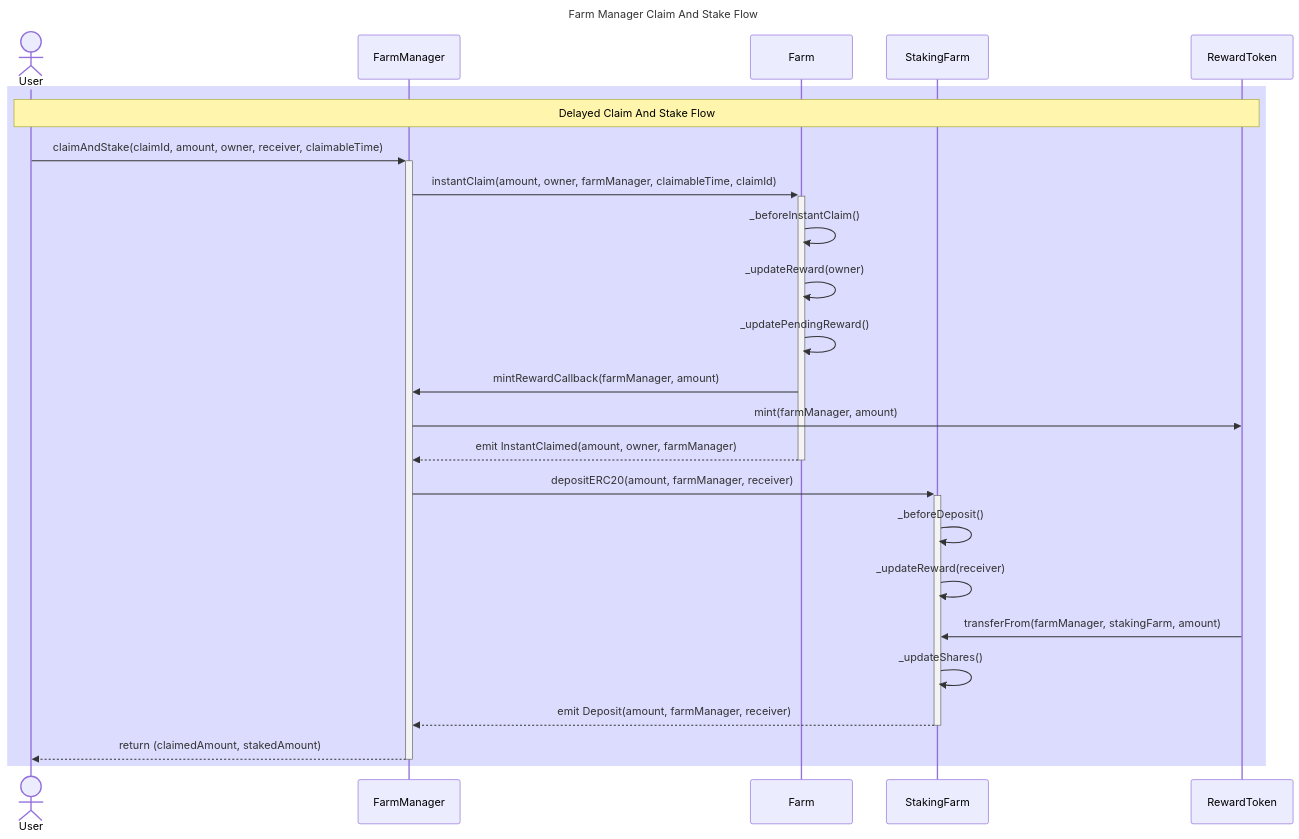
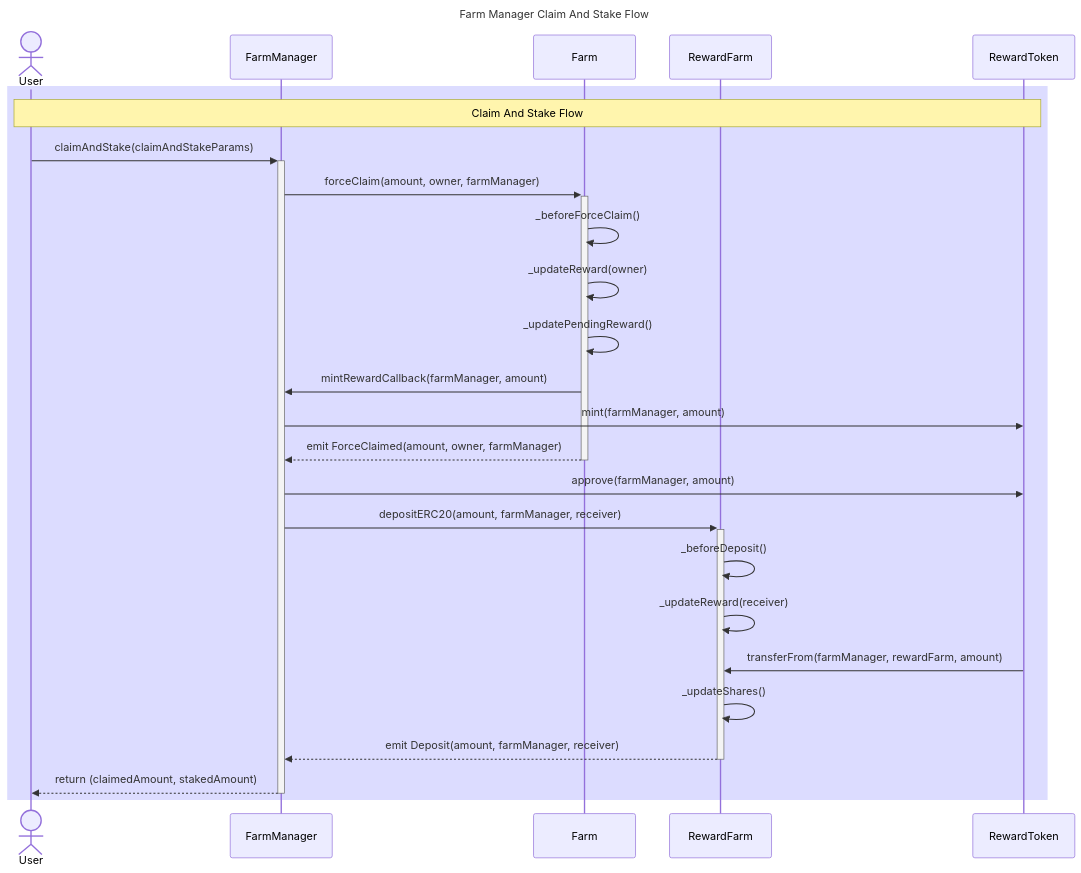
One commit to Satoshi-Protocol/satoshi-farm changed the diagram in docs/diagrams/FarmManager_ClaimAndStake_flow.mmd. Above: the diagram before and after it, drawn with Mermaid. The commit also changed 3 other files, not shown here.

Commit message:
doc: update farm manager claim flow diagrams

```diff
--- a/docs/diagrams/FarmManager_ClaimAndStake_flow.mmd
+++ b/docs/diagrams/FarmManager_ClaimAndStake_flow.mmd
@@ -1,30 +1,31 @@
 sequenceDiagram
     title Farm Manager Claim And Stake Flow
     
     actor User
     participant FarmManager
     participant Farm
-    participant StakingFarm
+    participant RewardFarm
     participant RewardToken
 
     %% Claim And Stake Flow
     rect rgb(220, 220, 255)
-        Note over User,RewardToken: Delayed Claim And Stake Flow
-        User->>+FarmManager: claimAndStake(claimId, amount, owner, receiver, claimableTime)
-        FarmManager->>+Farm: instantClaim(amount, owner, farmManager, claimableTime, claimId)
-        Farm->>Farm: _beforeInstantClaim()
+        Note over User,RewardToken: Claim And Stake Flow
+        User->>+FarmManager: claimAndStake(claimAndStakeParams)
+        FarmManager->>+Farm: forceClaim(amount, owner, farmManager)
+        Farm->>Farm: _beforeForceClaim()
         Farm->>Farm: _updateReward(owner)
         Farm->>Farm: _updatePendingReward()
         Farm->>FarmManager: mintRewardCallback(farmManager, amount)
         FarmManager->>RewardToken: mint(farmManager, amount)
-        Farm-->>-FarmManager: emit InstantClaimed(amount, owner, farmManager)
+        Farm-->>-FarmManager: emit ForceClaimed(amount, owner, farmManager)
         
-        FarmManager->>+StakingFarm: depositERC20(amount, farmManager, receiver)
-        StakingFarm->>StakingFarm: _beforeDeposit()
-        StakingFarm->>StakingFarm: _updateReward(receiver)
-        RewardToken->>StakingFarm: transferFrom(farmManager, stakingFarm, amount)
-        StakingFarm->>StakingFarm: _updateShares()
-        StakingFarm-->>-FarmManager: emit Deposit(amount, farmManager, receiver)
+        FarmManager->>RewardToken: approve(farmManager, amount)
+        FarmManager->>+RewardFarm: depositERC20(amount, farmManager, receiver)
+        RewardFarm->>RewardFarm: _beforeDeposit()
+        RewardFarm->>RewardFarm: _updateReward(receiver)
+        RewardToken->>RewardFarm: transferFrom(farmManager, rewardFarm, amount)
+        RewardFarm->>RewardFarm: _updateShares()
+        RewardFarm-->>-FarmManager: emit Deposit(amount, farmManager, receiver)
         
         FarmManager-->>-User: return (claimedAmount, stakedAmount)
     end 
```
